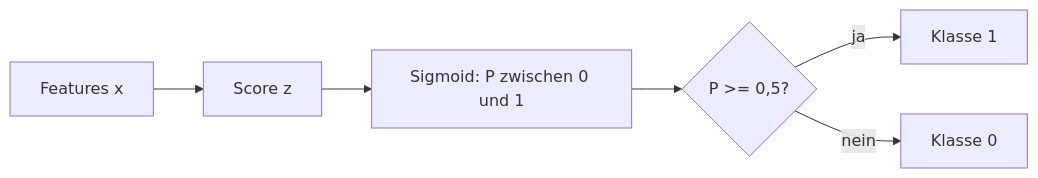
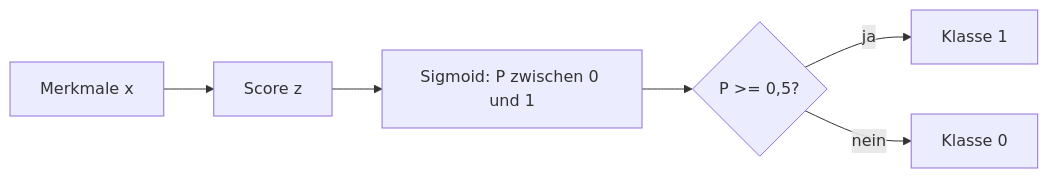
Before and after one commit to grigory-consulting/python-ml-grundlagen: the third of 10 diagrams in slides/python-ml.md, drawn with Mermaid. The commit also changed other lines of this file and 1 other file, not shown here.

````diff
--- a/slides/python-ml.md
+++ b/slides/python-ml.md
@@ -3554,8 +3556,8 @@
 ```mermaid
 flowchart LR
-    A[Features x] --> B[Score z]
+    A[Merkmale x] --> B[Score z]
     B --> C["Sigmoid: P zwischen 0 und 1"]
     C --> D{"P >= 0,5?"}
     D -- ja --> E[Klasse 1]
     D -- nein --> F[Klasse 0]
 ```
````
